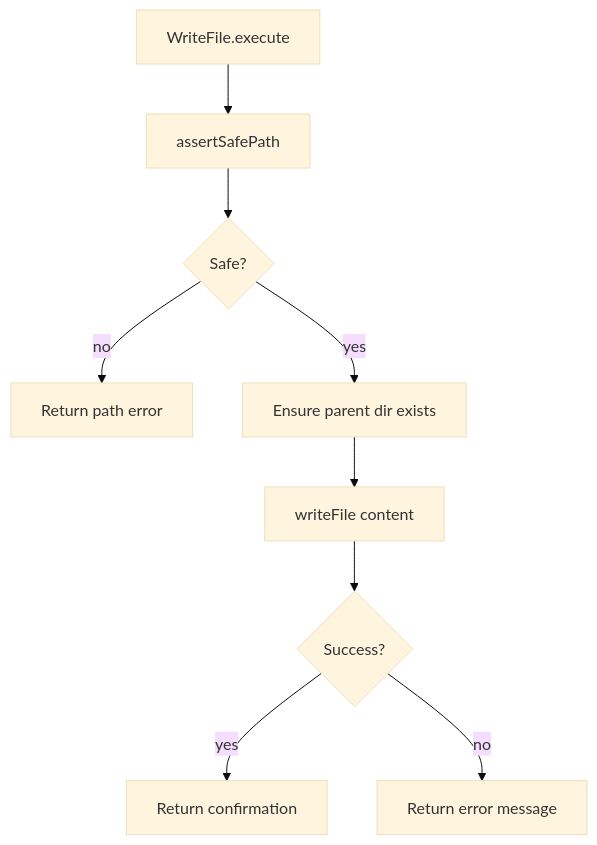
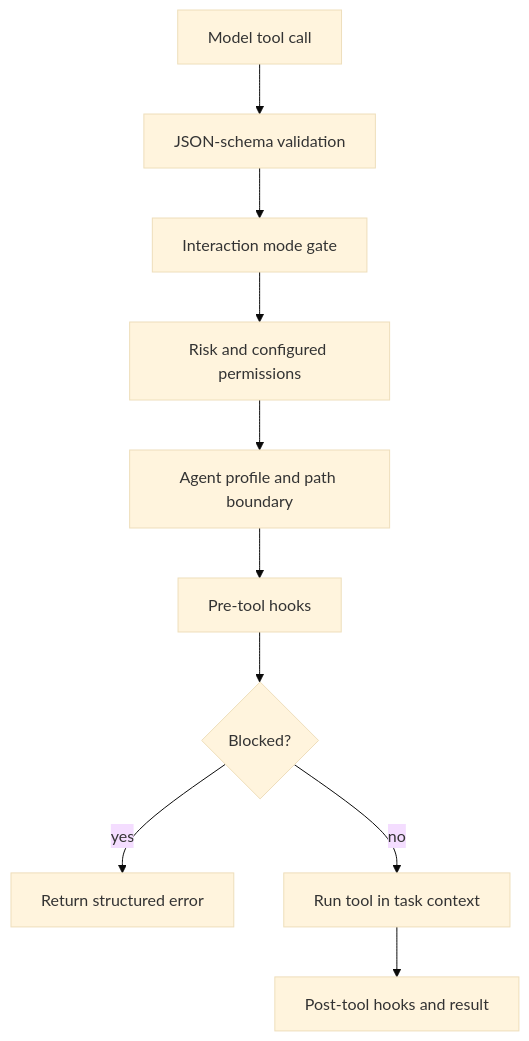
The diagram in _reversa_sdd/flowcharts/tools.md (Hermenics/deepseek-code), drawn with Mermaid (base theme) before and after one commit. The commit also changed other lines of this file and 151 other files, not shown here.

First line of the commit message:
docs(agents): reorganize skill documentation and expand SDD architecture

````diff
--- a/_reversa_sdd/flowcharts/tools.md
+++ b/_reversa_sdd/flowcharts/tools.md
@@ -96,11 +3,12 @@
 ```mermaid
 flowchart TD
-    A[WriteFile.execute] --> B[assertSafePath]
-    B --> C{Safe?}
-    C -->|no| D[Return path error]
-    C -->|yes| E[Ensure parent dir exists]
-    E --> F[writeFile content]
-    F --> G{Success?}
-    G -->|yes| H[Return confirmation]
-    G -->|no| I[Return error message]
+  A[Model tool call] --> B[JSON-schema validation]
+  B --> C[Interaction mode gate]
+  C --> D[Risk and configured permissions]
+  D --> E[Agent profile and path boundary]
+  E --> F[Pre-tool hooks]
+  F --> G{Blocked?}
+  G -->|yes| H[Return structured error]
+  G -->|no| I[Run tool in task context]
+  I --> J[Post-tool hooks and result]
 ```
````
